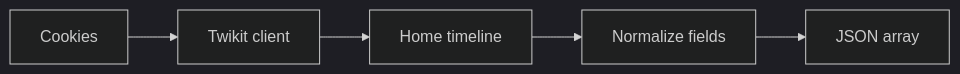
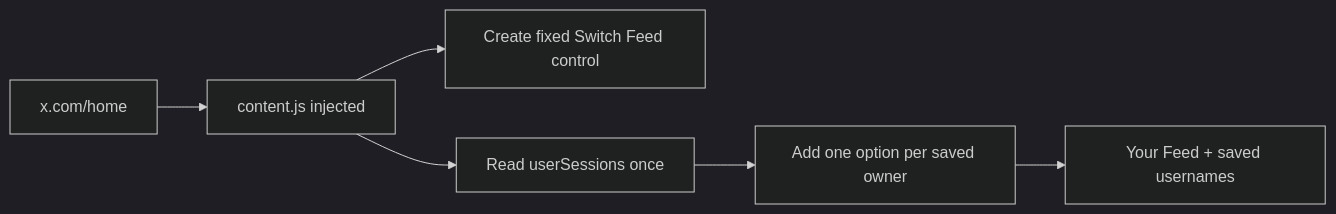
One commit to SidheshwarSarangal/X_feed_extension changed the fifth of 8 diagrams in docs/workflows-and-api.md. Above: the diagram before and after it, drawn with Mermaid (dark theme). The commit also changed other lines of this file and 4 other files, not shown here.

````diff
--- a/docs/workflows-and-api.md
+++ b/docs/workflows-and-api.md
@@ -130,7 +185,8 @@
 ```mermaid
 flowchart LR
-    Cookies --> Client[Twikit client]
-    Client --> Timeline[Home timeline]
-    Timeline --> Normalize[Normalize fields]
-    Normalize --> JSON[JSON array]
+    URL[x.com/home] --> Script[content.js injected]
+    Script --> Control[Create fixed Switch Feed control]
+    Script --> Store[Read userSessions once]
+    Store --> Options[Add one option per saved owner]
+    Options --> Menu[Your Feed + saved usernames]
 ```
````
